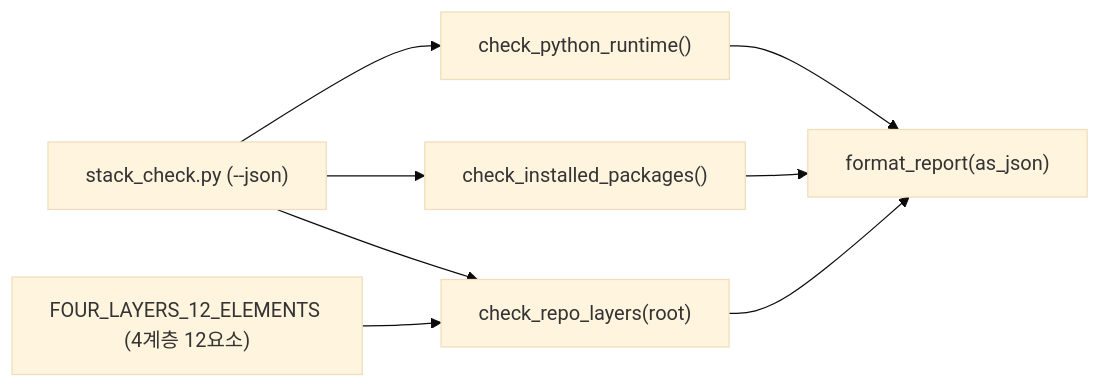
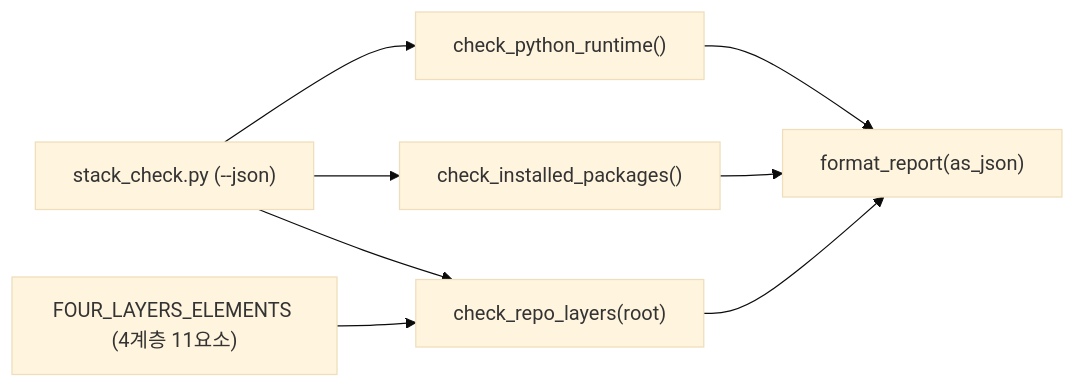
Before and after one commit to yojulab/learn_Loop_engineering: the diagram in ch00-prologue/README.md, drawn with Mermaid (base theme). The commit also changed other lines of this file and 41 other files, not shown here.

````diff
--- a/ch00-prologue/README.md
+++ b/ch00-prologue/README.md
@@ -15,10 +15,10 @@
 ```mermaid
 flowchart LR
     CLI["stack_check.py (--json)"] --> RT["check_python_runtime()"]
     CLI --> PKG["check_installed_packages()"]
     CLI --> REPO["check_repo_layers(root)"]
     RT --> RPT["format_report(as_json)"]
     PKG --> RPT
     REPO --> RPT
-    CAT["FOUR_LAYERS_12_ELEMENTS (4계층 12요소)"] --> REPO
+    CAT["FOUR_LAYERS_ELEMENTS (4계층 11요소)"] --> REPO
 ```
````
